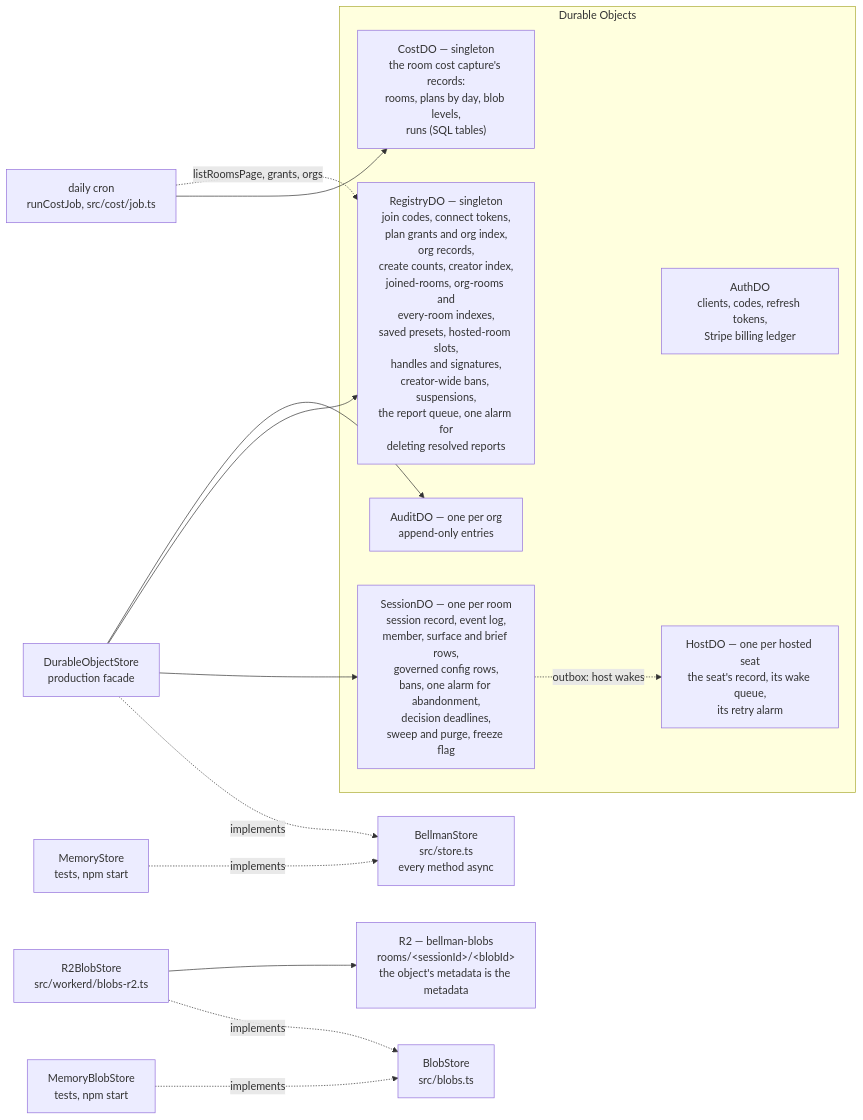
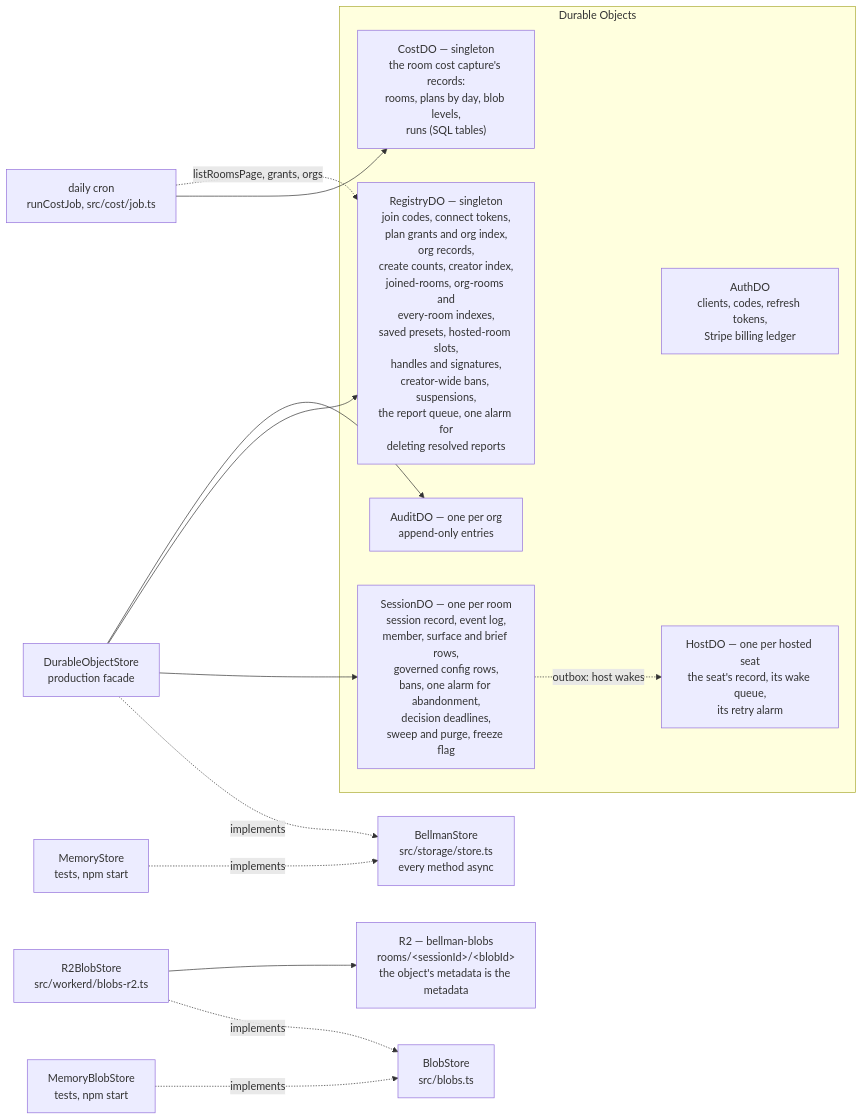
The fourth of 7 diagrams in docs/ARCHITECTURE.md (bellman-sh/bellman), drawn with Mermaid before and after one commit. The commit also changed other lines of this file and 172 other files, not shown here.

First line of the commit message:
Split store.ts into src/storage/

````diff
--- a/docs/ARCHITECTURE.md
+++ b/docs/ARCHITECTURE.md
@@ -637,30 +637,30 @@
 ```mermaid
 flowchart LR
-    BS["BellmanStore<br/>src/store.ts<br/>every method async"]
+    BS["BellmanStore<br/>src/storage/store.ts<br/>every method async"]
     MEM["MemoryStore<br/>tests, npm start"] -.implements.-> BS
     DOS["DurableObjectStore<br/>production facade"] -.implements.-> BS
 
     DOS --> SDO
     DOS --> RDO
     DOS --> ADO
 
     subgraph objects["Durable Objects"]
         SDO["SessionDO — one per room<br/>session record, event log,<br/>member, surface and brief rows,<br/>governed config rows,<br/>bans, one alarm for abandonment,<br/>decision deadlines,<br/>sweep and purge, freeze flag"]
         RDO["RegistryDO — singleton<br/>join codes, connect tokens,<br/>plan grants and org index,<br/>org records,<br/>create counts, creator index,<br/>joined-rooms, org-rooms and<br/>every-room indexes,<br/>saved presets, hosted-room slots,<br/>handles and signatures,<br/>creator-wide bans, suspensions,<br/>the report queue, one alarm for<br/>deleting resolved reports"]
         ADO["AuditDO — one per org<br/>append-only entries"]
         AUTH["AuthDO<br/>clients, codes, refresh tokens,<br/>Stripe billing ledger"]
         HDO["HostDO — one per hosted seat<br/>the seat's record, its wake queue,<br/>its retry alarm"]
         CDO["CostDO — singleton<br/>the room cost capture's records:<br/>rooms, plans by day, blob levels,<br/>runs (SQL tables)"]
     end
 
     CRON["daily cron<br/>runCostJob, src/cost/job.ts"] --> CDO
     CRON -.->|"listRoomsPage, grants, orgs"| RDO
 
     SDO -.->|"outbox: host wakes"| HDO
 
     BLOB["BlobStore<br/>src/blobs.ts"]
     R2["R2 — bellman-blobs<br/>rooms/&lt;sessionId&gt;/&lt;blobId&gt;<br/>the object's metadata is the metadata"]
     MEMB["MemoryBlobStore<br/>tests, npm start"] -.implements.-> BLOB
     R2S["R2BlobStore<br/>src/workerd/blobs-r2.ts"] -.implements.-> BLOB
     R2S --> R2
 ```
````
